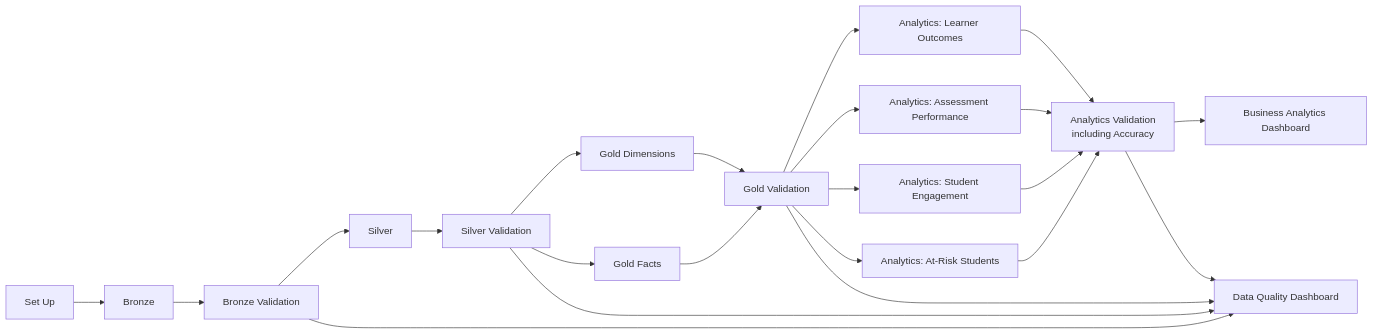
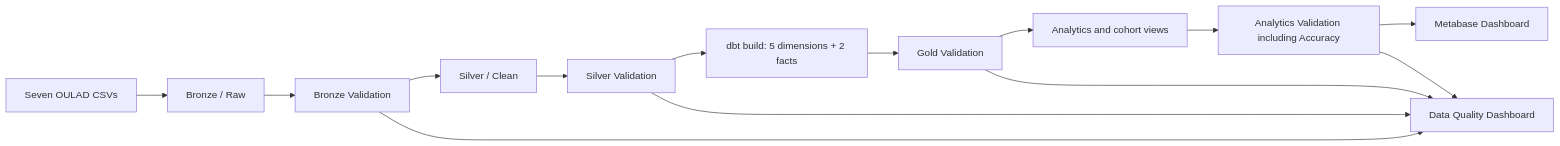
Before and after one commit to killuazai/oulad-dataset: the diagram in README.md, drawn with Mermaid. The commit also changed other lines of this file and 43 other files, not shown here.

````diff
--- a/README.md
+++ b/README.md
@@ -7,24 +21,16 @@
 ```mermaid
 flowchart LR
-    SET[Set Up] --> B[Bronze]
+    S[Seven OULAD CSVs] --> B[Bronze / Raw]
     B --> QB[Bronze Validation]
-    QB --> S[Silver]
-    S --> QS[Silver Validation]
-    QS --> GD[Gold Dimensions]
-    QS --> GF[Gold Facts]
-    GD --> QG[Gold Validation]
-    GF --> QG
-    QG --> LO[Analytics: Learner Outcomes]
-    QG --> AP[Analytics: Assessment Performance]
-    QG --> SE[Analytics: Student Engagement]
-    QG --> AR[Analytics: At-Risk Students]
-    LO --> QA[Analytics Validation<br/>including Accuracy]
-    AP --> QA
-    SE --> QA
-    AR --> QA
-    QA --> BD[Business Analytics Dashboard]
-    QB --> DD[Data Quality Dashboard]
-    QS --> DD
-    QG --> DD
-    QA --> DD
+    QB --> C[Silver / Clean]
+    C --> QS[Silver Validation]
+    QS --> D[dbt build: 5 dimensions + 2 facts]
+    D --> QG[Gold Validation]
+    QG --> A[Analytics and cohort views]
+    A --> QA[Analytics Validation including Accuracy]
+    QA --> M[Metabase Dashboard]
+    QB --> DQ[Data Quality Dashboard]
+    QS --> DQ
+    QG --> DQ
+    QA --> DQ
 ```
````
